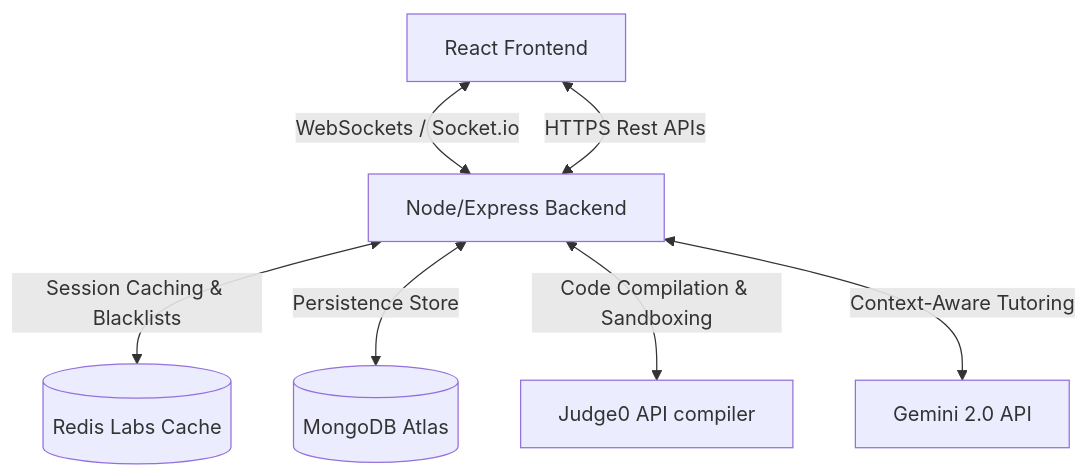
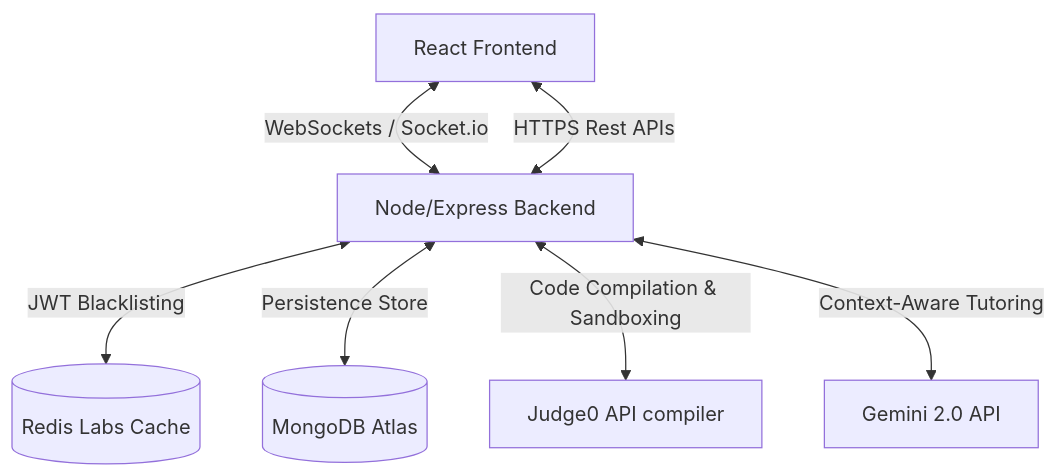
The diagram in README.md (Aayush132004/Codewinz), drawn with Mermaid before and after one commit.

Commit message:
docs: correct Redis description in diagram to JWT Blacklisting

````diff
--- a/README.md
+++ b/README.md
@@ -15,9 +15,9 @@
 ```mermaid
 graph TD
     Client[React Frontend] <-->|WebSockets / Socket.io| Backend[Node/Express Backend]
     Client <-->|HTTPS Rest APIs| Backend
-    Backend <-->|Session Caching & Blacklists| Redis[(Redis Labs Cache)]
+    Backend <-->|JWT Blacklisting| Redis[(Redis Labs Cache)]
     Backend <-->|Persistence Store| DB[(MongoDB Atlas)]
     Backend <-->|Code Compilation & Sandboxing| Judge0[Judge0 API compiler]
     Backend <-->|Context-Aware Tutoring| Gemini[Gemini 2.0 API]
 ```
````
